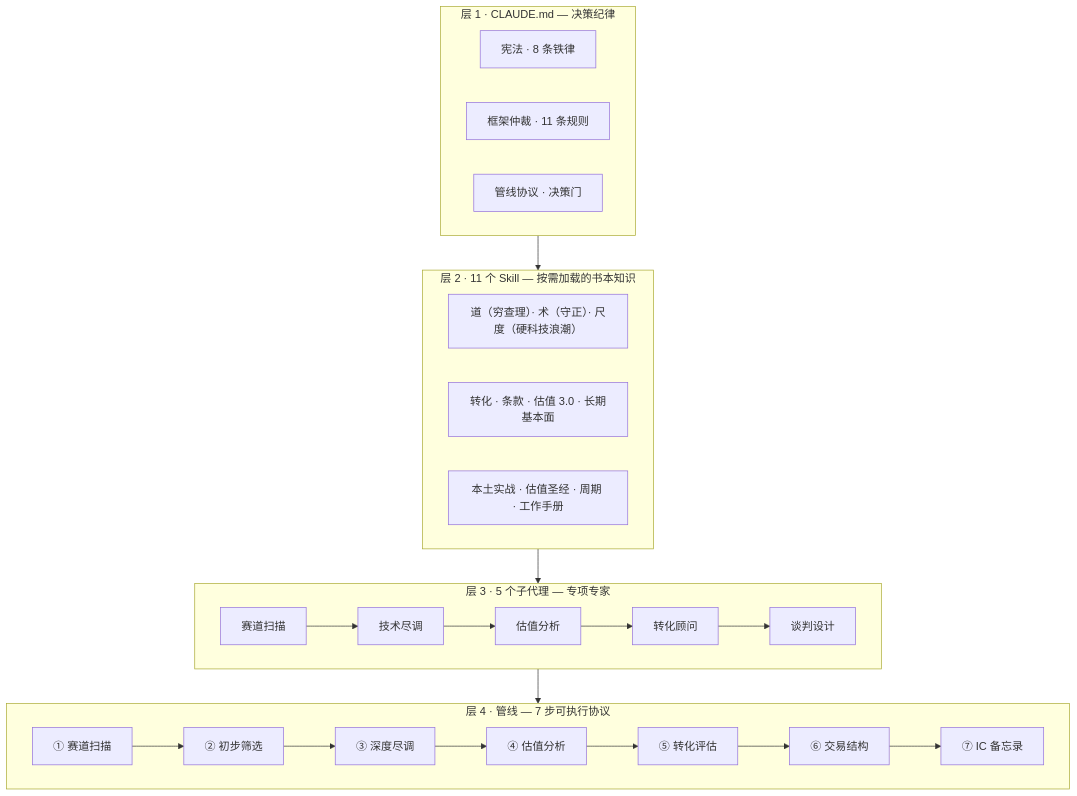
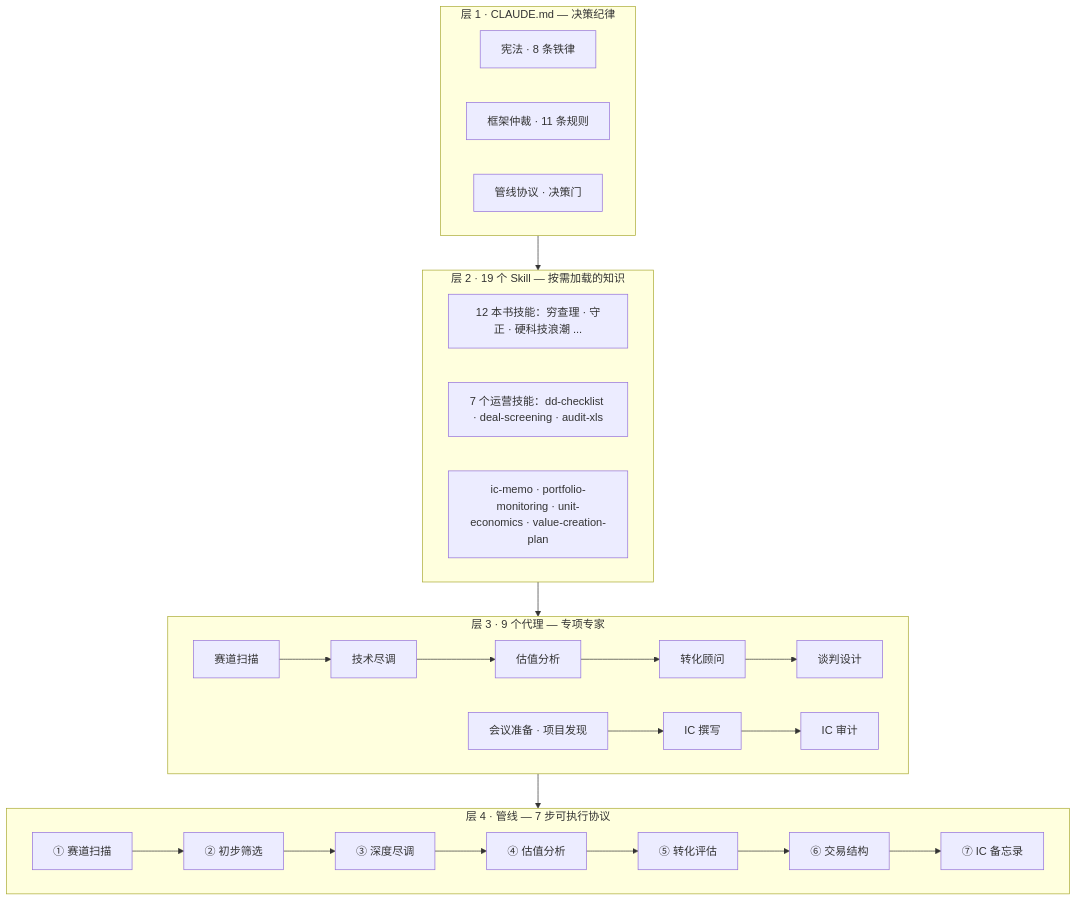
Before and after one commit to Justinjchen-Cornell/Hardtech-Venture-Capital-OS: the second of 2 diagrams in README.zh-CN.md, drawn with Mermaid. The commit also changed other lines of this file and 1 other file, not shown here.

````diff
--- a/README.zh-CN.md
+++ b/README.zh-CN.md
@@ -48,32 +48,34 @@
 ```mermaid
 graph TB
     subgraph L1["层 1 · CLAUDE.md — 决策纪律"]
         R1["宪法 · 8 条铁律"]
         R2["框架仲裁 · 11 条规则"]
         R3["管线协议 · 决策门"]
     end
 
-    subgraph L2["层 2 · 11 个 Skill — 按需加载的书本知识"]
-        S1["道（穷查理）· 术（守正）· 尺度（硬科技浪潮）"]
-        S2["转化 · 条款 · 估值 3.0 · 长期基本面"]
-        S3["本土实战 · 估值圣经 · 周期 · 工作手册"]
+    subgraph L2["层 2 · 19 个 Skill — 按需加载的知识"]
+        S1["12 本书技能：穷查理 · 守正 · 硬科技浪潮 ..."]
+        S2["7 个运营技能：dd-checklist · deal-screening · audit-xls"]
+        S3["ic-memo · portfolio-monitoring · unit-economics · value-creation-plan"]
     end
 
-    subgraph L3["层 3 · 5 个子代理 — 专项专家"]
+    subgraph L3["层 3 · 9 个代理 — 专项专家"]
         A1["赛道扫描"] --> A2["技术尽调"]
         A2 --> A3["估值分析"]
         A3 --> A4["转化顾问"]
         A4 --> A5["谈判设计"]
+        A6["会议准备 · 项目发现"] --> A7["IC 撰写"]
+        A7 --> A8["IC 审计"]
     end
 
     subgraph L4["层 4 · 管线 — 7 步可执行协议"]
         P1["① 赛道扫描"] --> P2["② 初步筛选"]
         P2 --> P3["③ 深度尽调"]
         P3 --> P4["④ 估值分析"]
         P4 --> P5["⑤ 转化评估"]
         P5 --> P6["⑥ 交易结构"]
         P6 --> P7["⑦ IC 备忘录"]
     end
 
     L1 --> L2 --> L3 --> L4
 ```
````
